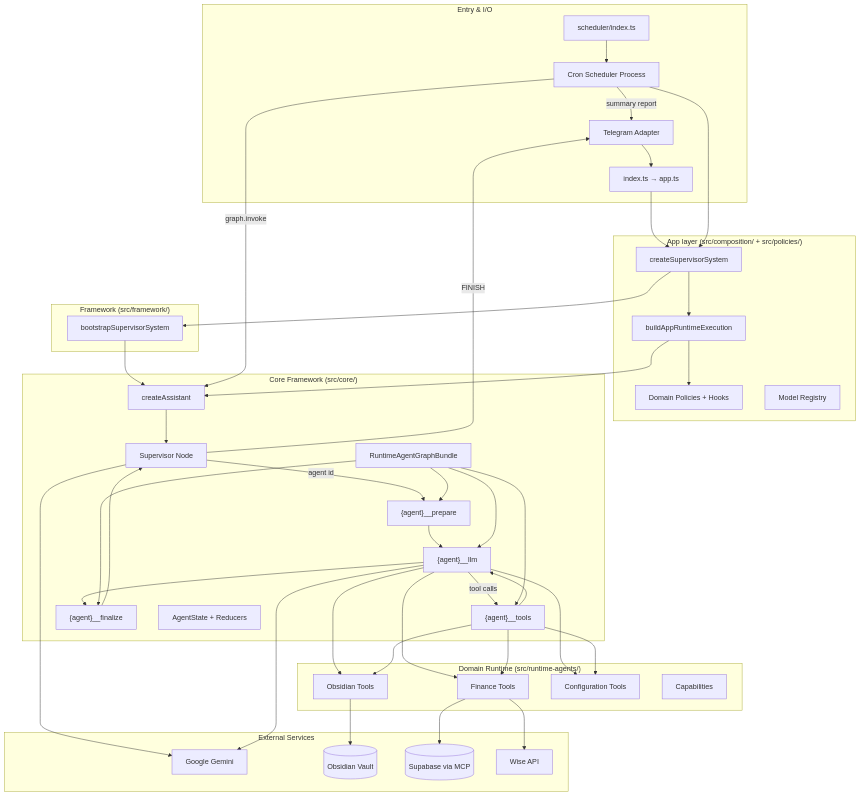
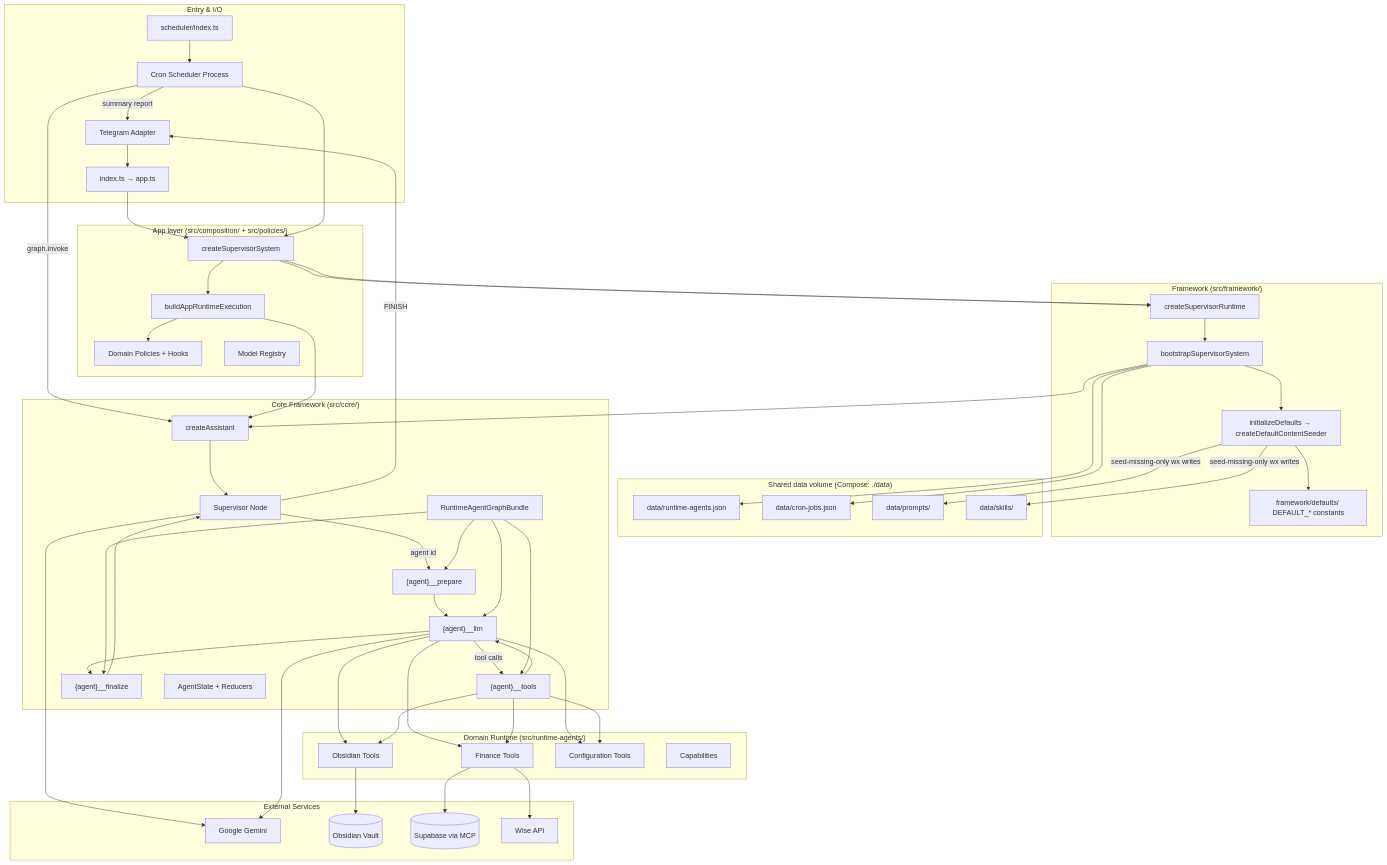
One commit to slnnzmtl/langgraph-personal-assistant changed the first of 2 diagrams in docs/ARCHITECTURE.md. Above: the diagram before and after it, drawn with Mermaid. The commit also changed other lines of this file and 29 other files, not shown here.

````diff
--- a/docs/ARCHITECTURE.md
+++ b/docs/ARCHITECTURE.md
@@ -33,66 +33,81 @@
 ```mermaid
 flowchart TB
     subgraph Entry["Entry & I/O"]
         TG[Telegram Adapter]
         CRON[Cron Scheduler Process]
         IDX[index.ts → app.ts]
         CRIDX[scheduler/index.ts]
     end
 
     subgraph AppLayer["App layer (src/composition/ + src/policies/)"]
         WFC[createSupervisorSystem]
         KIT[buildAppRuntimeExecution]
         POL[Domain Policies + Hooks]
         MR[Model Registry]
     end
 
     subgraph FrameworkLayer["Framework (src/framework/)"]
+        RUNTIME[createSupervisorRuntime]
         BOOT[bootstrapSupervisorSystem]
+        SEED[initializeDefaults → createDefaultContentSeeder]
+        DEF[framework/defaults/ DEFAULT_* constants]
+    end
+
+    subgraph DataLayer["Shared data volume (Compose: ./data)"]
+        RA[data/runtime-agents.json]
+        CJ[data/cron-jobs.json]
+        PR[data/prompts/]
+        SK[data/skills/]
     end
 
     subgraph Core["Core Framework (src/core/)"]
         CA[createAssistant]
         SUP[Supervisor Node]
         PREP["{agent}__prepare"]
         LLM["{agent}__llm"]
         TOOLS["{agent}__tools"]
         FINN["{agent}__finalize"]
         BUNDLE[RuntimeAgentGraphBundle]
         STATE[AgentState + Reducers]
     end
 
     subgraph Runtime["Domain Runtime (src/runtime-agents/)"]
         FIN[Finance Tools]
         OBS[Obsidian Tools]
         CFG[Configuration Tools]
         BUND[Capabilities]
     end
 
     subgraph External["External Services"]
         GEMINI[Google Gemini]
         VAULT[(Obsidian Vault)]
         SB[(Supabase via MCP)]
         WISE[Wise API]
     end
 
-    TG --> IDX --> WFC --> BOOT --> CA
+    TG --> IDX --> WFC --> RUNTIME --> BOOT --> CA
     CRIDX --> CRON
     CRON --> WFC
+    WFC --> RUNTIME
     CRON -->|graph.invoke| CA
     CRON -->|summary report| TG
     WFC --> KIT --> CA
     KIT --> POL
+    BOOT --> SEED
+    SEED --> DEF
+    SEED -->|seed-missing-only wx writes| PR & SK
+    BOOT --> RA & CJ
     CA --> SUP
     SUP -->|agent id| PREP
     PREP --> LLM
     LLM -->|tool calls| TOOLS
     TOOLS --> LLM
     LLM --> FINN
     FINN --> SUP
     SUP -->|FINISH| TG
     BUNDLE --> PREP & LLM & TOOLS & FINN
     LLM & TOOLS --> FIN & OBS & CFG
     FIN --> SB & WISE
     OBS --> VAULT
     SUP & LLM --> GEMINI
 ```
````
